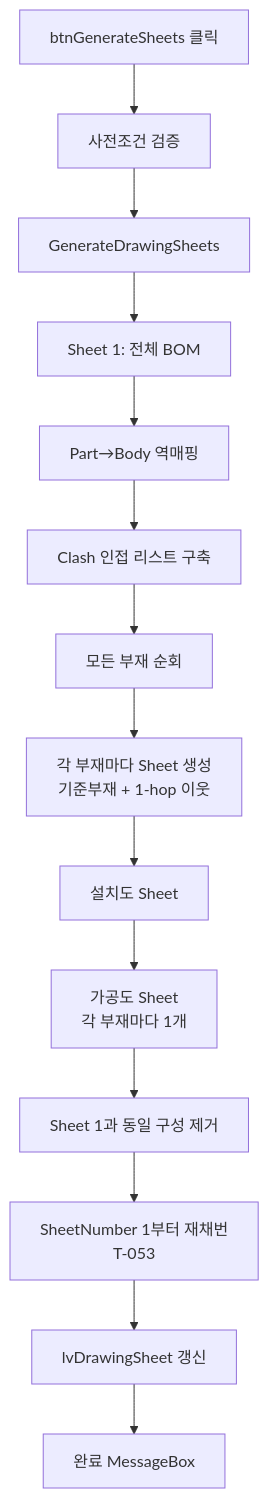
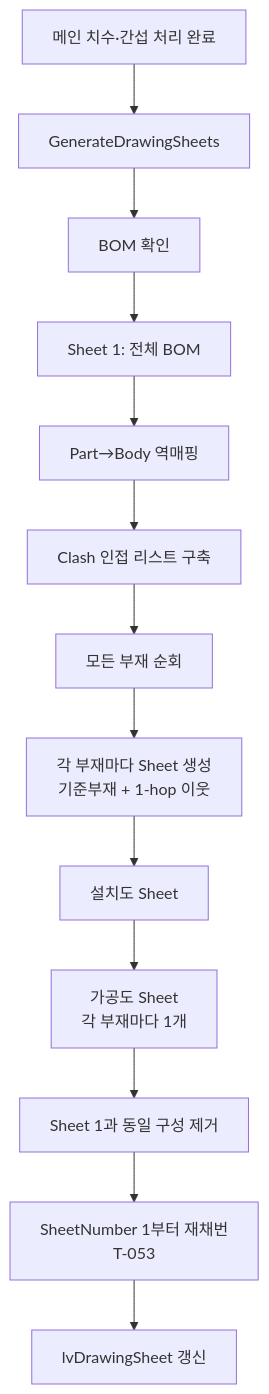
One commit to uuuuj/a2z changed the diagram in docs/기능/도면시트/시트 자동 생성.md. Above: the diagram before and after it, drawn with Mermaid. The commit also changed other lines of this file and 14 other files, not shown here.

````diff
--- a/docs/기능/도면시트/시트 자동 생성.md
+++ b/docs/기능/도면시트/시트 자동 생성.md
@@ -30,16 +29,15 @@
 ```mermaid
 flowchart TD
-    A[btnGenerateSheets 클릭] --> B[사전조건 검증]
-    B --> C[GenerateDrawingSheets]
+    A[메인 치수·간섭 처리 완료] --> B[GenerateDrawingSheets]
+    B --> C[BOM 확인]
     C --> D[Sheet 1: 전체 BOM]
     D --> E[Part→Body 역매핑]
     E --> F[Clash 인접 리스트 구축]
     F --> G[모든 부재 순회]
     G --> H[각 부재마다 Sheet 생성<br/>기준부재 + 1-hop 이웃]
     H --> I[설치도 Sheet]
     I --> J[가공도 Sheet<br/>각 부재마다 1개]
     J --> K[Sheet 1과 동일 구성 제거]
     K --> K2[SheetNumber 1부터 재채번<br/>T-053]
     K2 --> L[lvDrawingSheet 갱신]
-    L --> M[완료 MessageBox]
 ```
````
